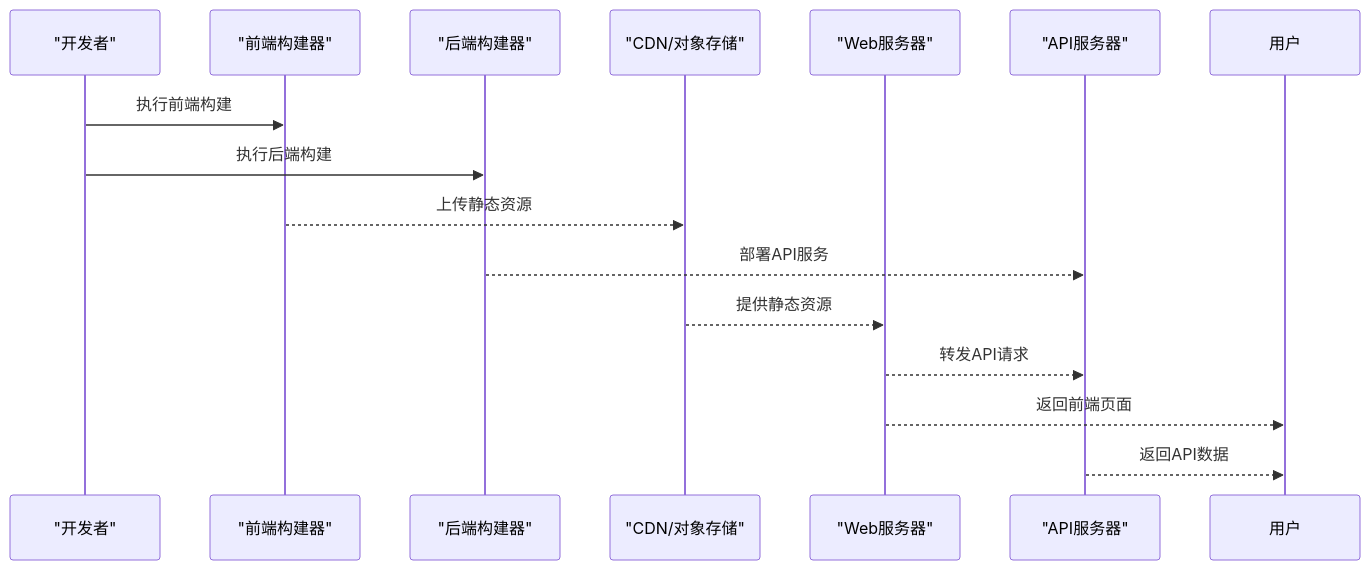
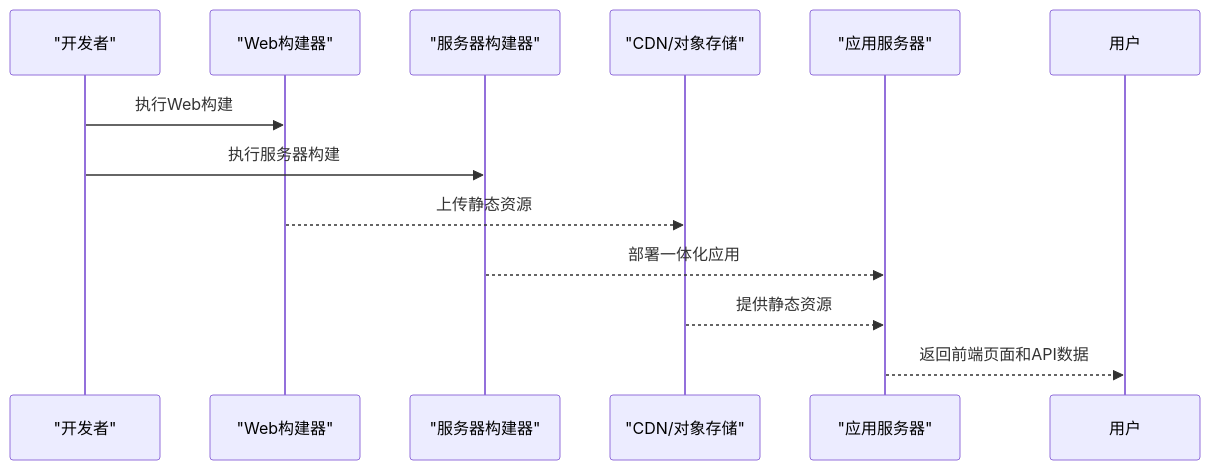
Before and after one commit to Maki3991/study-PactLedger: the second of 3 diagrams in .qoder/repowiki/zh/content/构建与部署/构建与部署.md, drawn with Mermaid. The commit also changed other lines of this file and 8 other files, not shown here.

````diff
--- a/.qoder/repowiki/zh/content/构建与部署/构建与部署.md
+++ b/.qoder/repowiki/zh/content/构建与部署/构建与部署.md
@@ -104,17 +101,14 @@
 ```mermaid
 sequenceDiagram
 participant Dev as "开发者"
-participant WebBuild as "前端构建器"
-participant ServerBuild as "后端构建器"
+participant WebBuild as "Web构建器"
+participant ServerBuild as "服务器构建器"
 participant CDN as "CDN/对象存储"
-participant WebServer as "Web服务器"
-participant APIServer as "API服务器"
-Dev->>WebBuild : 执行前端构建
-Dev->>ServerBuild : 执行后端构建
+participant AppServer as "应用服务器"
+Dev->>WebBuild : 执行Web构建
+Dev->>ServerBuild : 执行服务器构建
 WebBuild-->>CDN : 上传静态资源
-ServerBuild-->>APIServer : 部署API服务
-CDN-->>WebServer : 提供静态资源
-WebServer-->>APIServer : 转发API请求
-WebServer-->>用户 : 返回前端页面
-APIServer-->>用户 : 返回API数据
+ServerBuild-->>AppServer : 部署一体化应用
+CDN-->>AppServer : 提供静态资源
+AppServer-->>用户 : 返回前端页面和API数据
 ```
````
